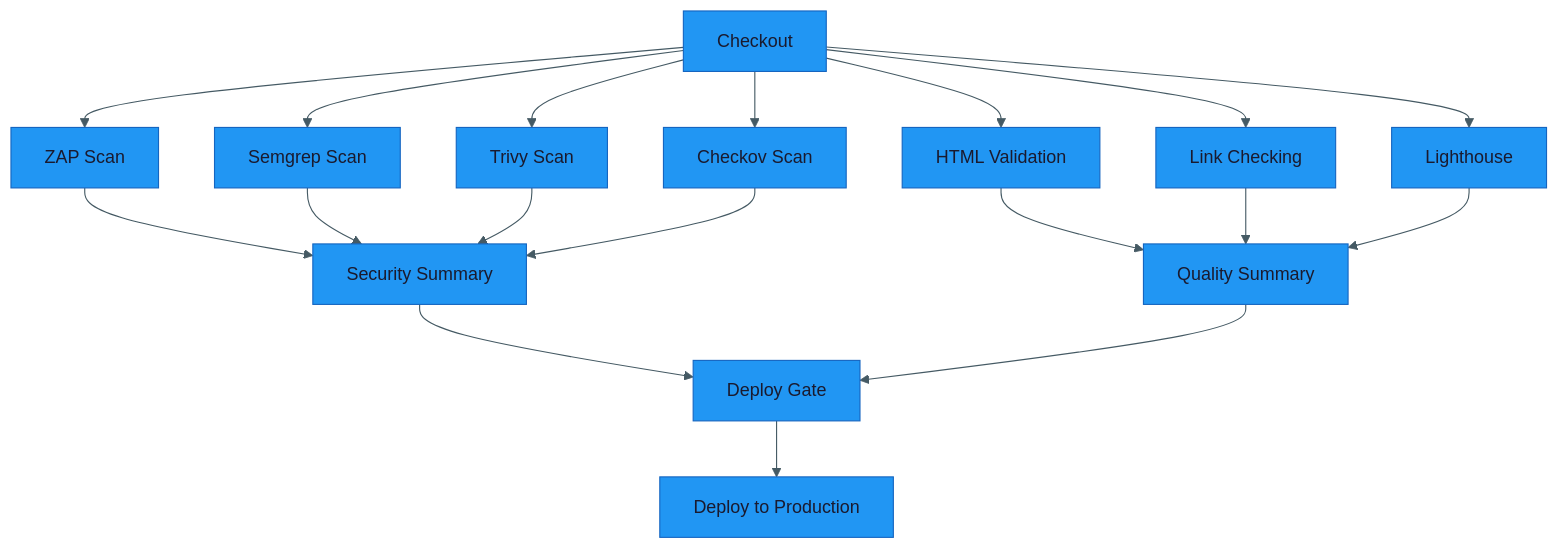
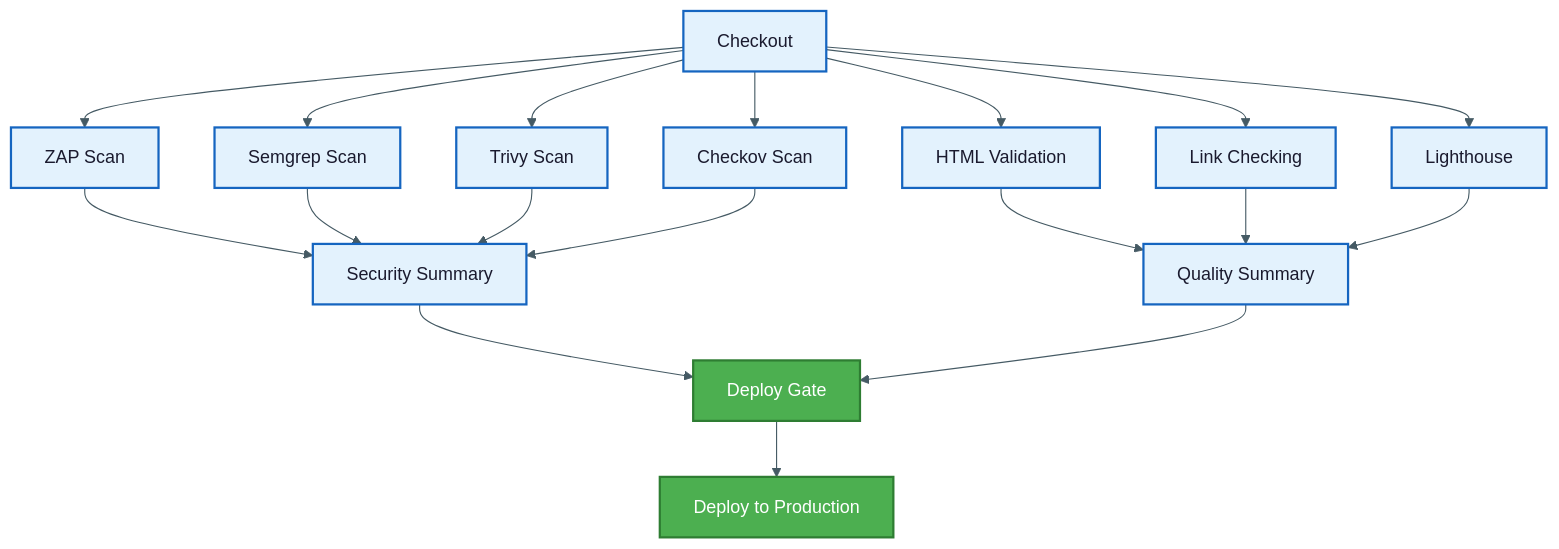
One commit to Hack23/homepage changed the fourth of 6 diagrams in FUTURE_WORKFLOWS.md. Above: the diagram before and after it, drawn with Mermaid. The commit also changed other lines of this file and 19 other files, not shown here.

First line of the commit message:
Add style-guide-compliant classDef styling to 44 unstyled flowcharts

````diff
--- a/FUTURE_WORKFLOWS.md
+++ b/FUTURE_WORKFLOWS.md
@@ -448,24 +464,33 @@
 ```mermaid
 %%{init: {"theme": "base", "themeVariables": {"primaryColor": "#2196F3", "primaryTextColor": "#1a1a2e", "lineColor": "#455A64", "secondaryColor": "#e8f5e9", "tertiaryColor": "#fff8e1", "primaryBorderColor": "#1565C0"}}}%%
 graph TB
     A[Checkout] --> B1[ZAP Scan]
     A --> B2[Semgrep Scan]
     A --> B3[Trivy Scan]
     A --> B4[Checkov Scan]
     A --> C1[HTML Validation]
     A --> C2[Link Checking]
     A --> C3[Lighthouse]
     
     B1 --> D[Security Summary]
     B2 --> D
     B3 --> D
     B4 --> D
     
     C1 --> E[Quality Summary]
     C2 --> E
     C3 --> E
     
     D --> F[Deploy Gate]
     E --> F
     F --> G[Deploy to Production]
+
+    classDef default fill:#e3f2fd,stroke:#1565C0,stroke-width:2px,color:#1a1a2e
+    classDef primary fill:#2196F3,stroke:#1565C0,stroke-width:2px,color:#ffffff
+    classDef success fill:#4CAF50,stroke:#2E7D32,stroke-width:2px,color:#ffffff
+    classDef warning fill:#FF9800,stroke:#F57C00,stroke-width:2px,color:#ffffff
+    classDef danger fill:#D32F2F,stroke:#B71C1C,stroke-width:2px,color:#ffffff
+    classDef info fill:#455A64,stroke:#263238,stroke-width:2px,color:#ffffff
+    class F success
+    class G success
 ```
````
